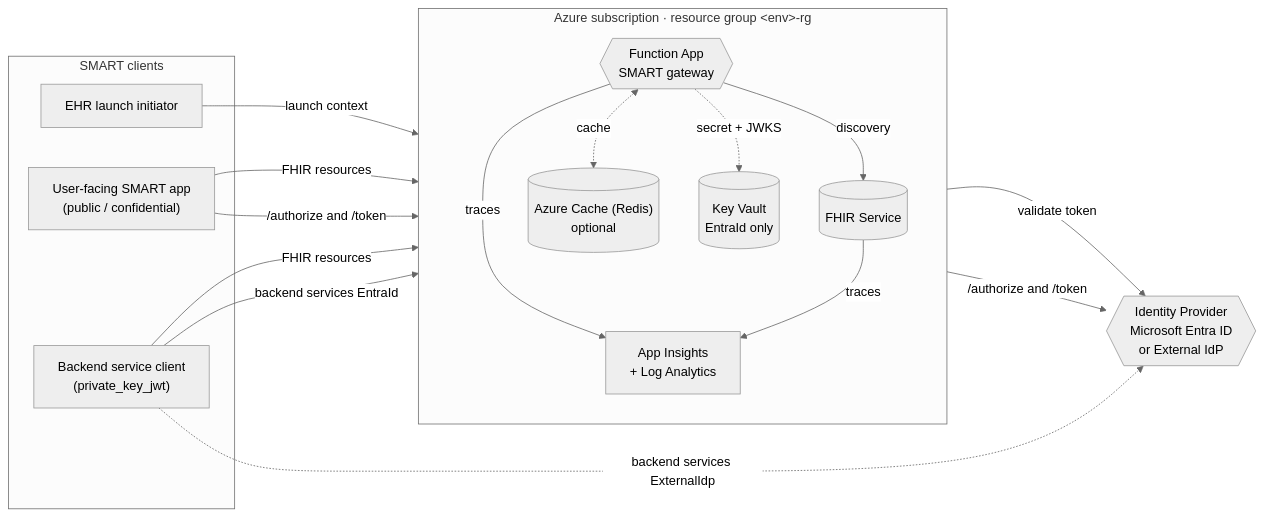
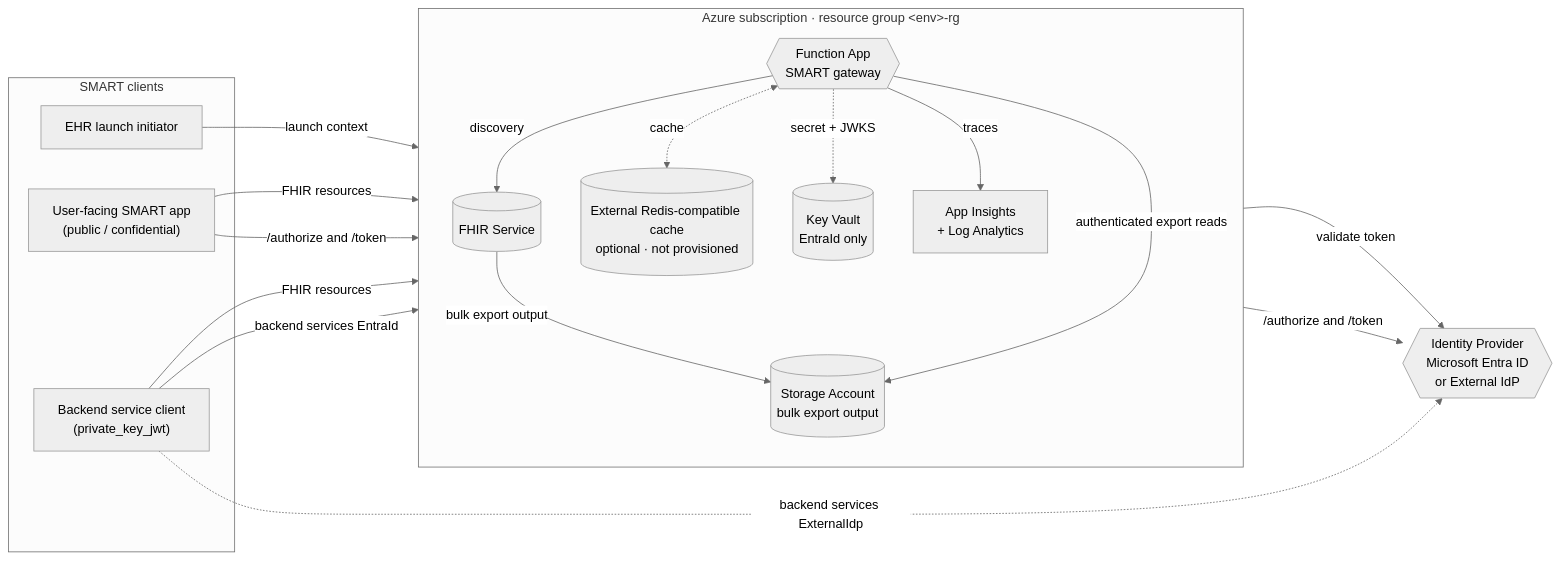
The first of 8 diagrams in samples/smartonfhir-smartnative-v2/docs/technical-guide.md (Azure-Samples/azure-health-data-and-ai-samples), drawn with Mermaid (neutral theme) before and after one commit. The commit also changed other lines of this file and 9 other files, not shown here.

````diff
--- a/samples/smartonfhir-smartnative-v2/docs/technical-guide.md
+++ b/samples/smartonfhir-smartnative-v2/docs/technical-guide.md
@@ -14,35 +14,37 @@
 ```mermaid
 flowchart LR
     subgraph Clients["SMART clients"]
         EHR["EHR launch initiator"]
         UApp["User-facing SMART app<br/>(public / confidential)"]
         BApp["Backend service client<br/>(private_key_jwt)"]
     end
 
     subgraph Azure["Azure subscription · resource group &lt;env&gt;-rg"]
         direction TB
         GW{{"Function App<br/>SMART gateway"}}
-        Cache[("Azure Cache (Redis)<br/>optional")]
+        Cache[("External Redis-compatible cache<br/>optional · not provisioned")]
         KV[("Key Vault<br/>EntraId only")]
+        Export[("Storage Account<br/>bulk export output")]
         FHIR[("FHIR Service")]
         Insights["App Insights<br/>+ Log Analytics"]
     end
 
     IdP{{"Identity Provider<br/>Microsoft Entra ID<br/>or External IdP"}}
 
     EHR -->|launch context| GW
     UApp -->|/authorize and /token| GW
     BApp -->|backend services EntraId| GW
     BApp -.->|backend services ExternalIdp| IdP
 
     GW -->|discovery| FHIR
     GW -->|/authorize and /token| IdP
     GW <-.->|cache| Cache
     GW -.->|secret + JWKS| KV
+    FHIR -->|bulk export output| Export
+    GW -->|authenticated export reads| Export
     GW -->|traces| Insights
-    FHIR -->|traces| Insights
 
     UApp -->|FHIR resources| FHIR
     BApp -->|FHIR resources| FHIR
     FHIR -->|validate token| IdP
 ```
````
